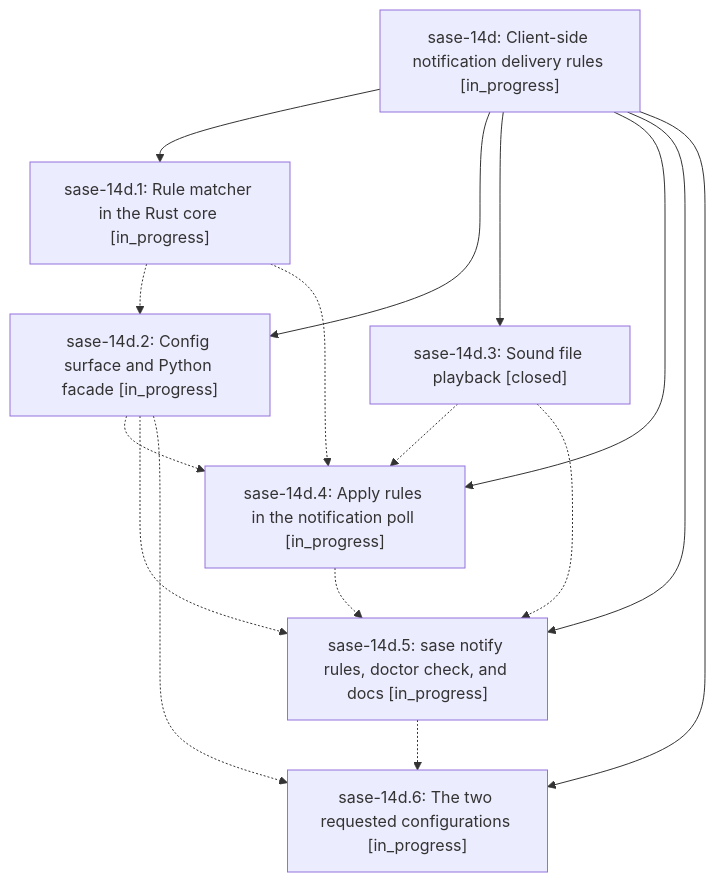
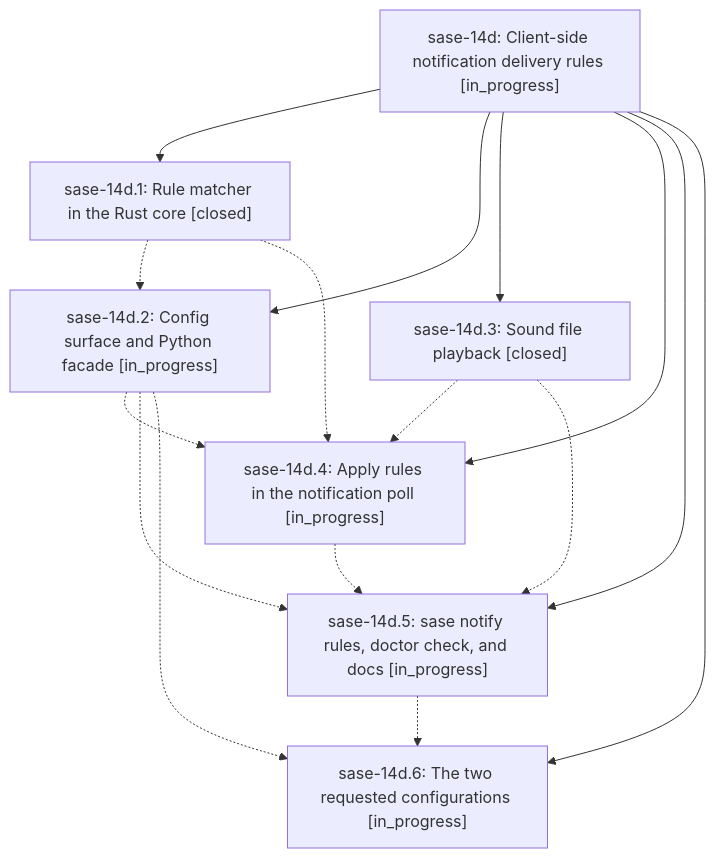
Before and after one commit to sase-org/sase--beads: the diagram in pages/sase-14d/README.md, drawn with Mermaid. The commit also changed other lines of this file and 4 other files, not shown here.

````diff
--- a/pages/sase-14d/README.md
+++ b/pages/sase-14d/README.md
@@ -27,25 +27,25 @@
 ```mermaid
 flowchart TD
     n0["sase-14d: Client-side notification delivery rules [in_progress]"]
-    n1["sase-14d.1: Rule matcher in the Rust core [in_progress]"]
+    n1["sase-14d.1: Rule matcher in the Rust core [closed]"]
     n2["sase-14d.2: Config surface and Python facade [in_progress]"]
     n3["sase-14d.3: Sound file playback [closed]"]
     n4["sase-14d.4: Apply rules in the notification poll [in_progress]"]
     n5["sase-14d.5: sase notify rules, doctor check, and docs [in_progress]"]
     n6["sase-14d.6: The two requested configurations [in_progress]"]
     n0 --> n1
     n0 --> n2
     n0 --> n3
     n0 --> n4
     n0 --> n5
     n0 --> n6
     n1 -.-> n2
     n1 -.-> n4
     n2 -.-> n4
     n2 -.-> n5
     n2 -.-> n6
     n3 -.-> n4
     n3 -.-> n5
     n4 -.-> n5
     n5 -.-> n6
 ```
````
